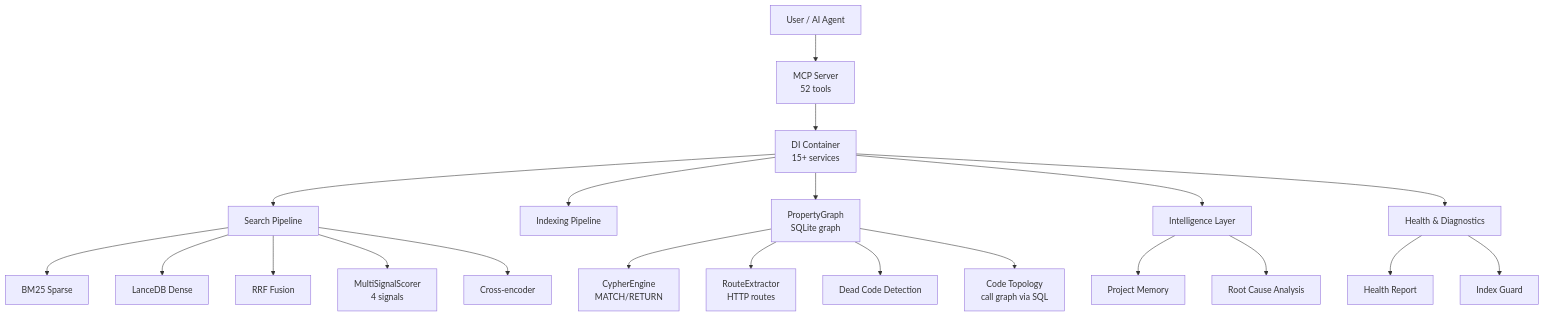
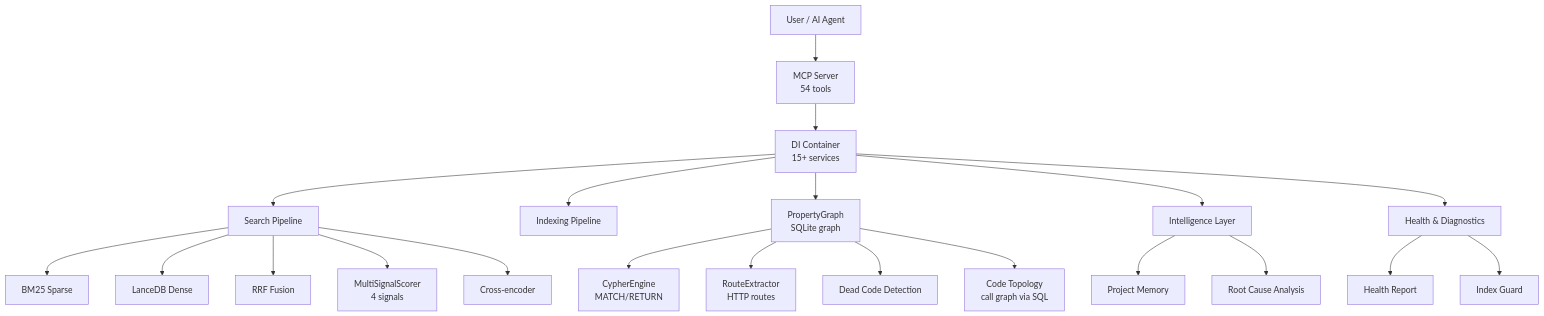
Before and after one commit to ManSio/mscodebase-intelligence: the first of 8 diagrams in docs/zh/ARCHITECTURE_DEEP.md, drawn with Mermaid. The commit also changed other lines of this file and 36 other files, not shown here.

First line of the commit message:
feat(lsp): type-info/diagnostics MCP tools + pre-flight check_types in WriteTool

````diff
--- a/docs/zh/ARCHITECTURE_DEEP.md
+++ b/docs/zh/ARCHITECTURE_DEEP.md
@@ -7,27 +7,27 @@
 ```mermaid
 flowchart TD
-    User[User / AI Agent] --> MCP[MCP Server\n52 tools]
+    User[User / AI Agent] --> MCP[MCP Server\n54 tools]
     MCP --> DI[DI Container\n15+ services]
     DI --> Search[Search Pipeline]
     DI --> Index[Indexing Pipeline]
     DI --> Graph[PropertyGraph\nSQLite graph]
     DI --> Intel[Intelligence Layer]
     DI --> Health[Health & Diagnostics]
     
     Search --> BM25[BM25 Sparse]
     Search --> Dense[LanceDB Dense]
     Search --> RRF[RRF Fusion]
     Search --> MultiSig[MultiSignalScorer\n4 signals]
     Search --> Rerank[Cross-encoder]
     
     Graph --> Cypher[CypherEngine\nMATCH/RETURN]
     Graph --> Route[RouteExtractor\nHTTP routes]
     Graph --> Dead[Dead Code Detection]
     Graph --> Topology[Code Topology\ncall graph via SQL]
     
     Intel --> Memory[Project Memory]
     Intel --> RCA[Root Cause Analysis]
     
     Health --> Report[Health Report]
     Health --> Guard[Index Guard]
 ```
````
